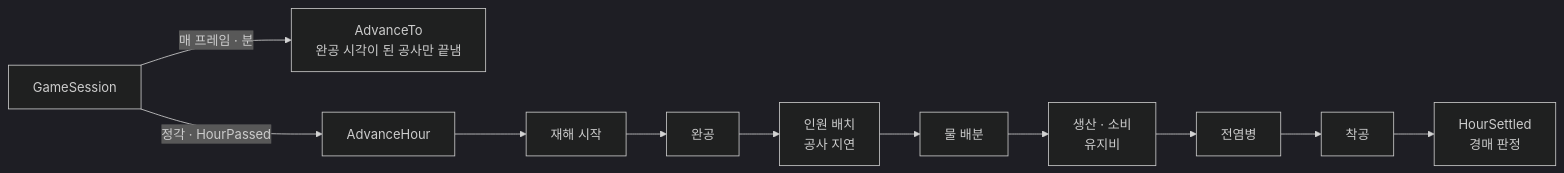
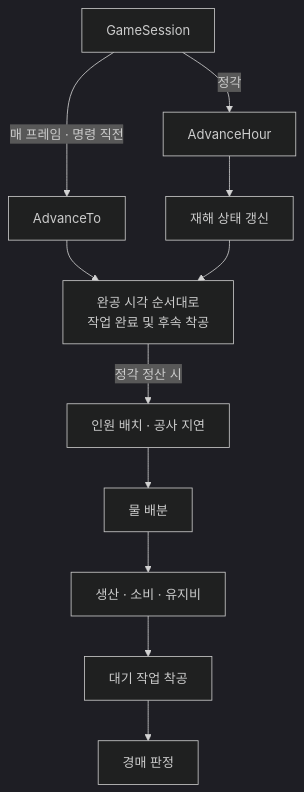
The seventh of 8 diagrams in src/3-desert-settlement/기술문서.md (ashadeveloperr/ashadeveloperr.github.io), drawn with Mermaid (dark theme) before and after one commit. The commit also changed other lines of this file and 2 other files, not shown here.

````diff
--- a/src/3-desert-settlement/기술문서.md
+++ b/src/3-desert-settlement/기술문서.md
@@ -351,10 +362,13 @@
 ```mermaid
-flowchart LR
-  %% 격자: - AT - - - | GS AH D C L | - W P E S | - - - - HS
-  %% 화살표 L -> W: 나감=아래 들어감=위
-  %% GameSession.cs 132~146
-  GS["GameSession"] -->|"매 프레임 · 분"| AT["AdvanceTo<br/>완공 시각이 된 공사만 끝냄"]
-  GS -->|"정각 · HourPassed"| AH["AdvanceHour"]
-  %% Settlement.Tick.cs 19~146
-  AH --> D["재해 시작"] --> C["완공"] --> L["인원 배치<br/>공사 지연"] --> W["물 배분"] --> P["생산 · 소비<br/>유지비"] --> E["전염병"] --> S["착공"] --> HS["HourSettled<br/>경매 판정"]
+flowchart TD
+  GS["GameSession"] -->|"매 프레임 · 명령 직전"| AT["AdvanceTo"]
+  GS -->|"정각"| AH["AdvanceHour"]
+  AT --> CJ["완공 시각 순서대로<br/>작업 완료 및 후속 착공"]
+  AH --> D["재해 상태 갱신"]
+  D --> CJ
+  CJ -->|"정각 정산 시"| L["인원 배치 · 공사 지연"]
+  L --> W["물 배분"]
+  W --> P["생산 · 소비 · 유지비"]
+  P --> S["대기 작업 착공"]
+  S --> HS["경매 판정"]
 ```
````
